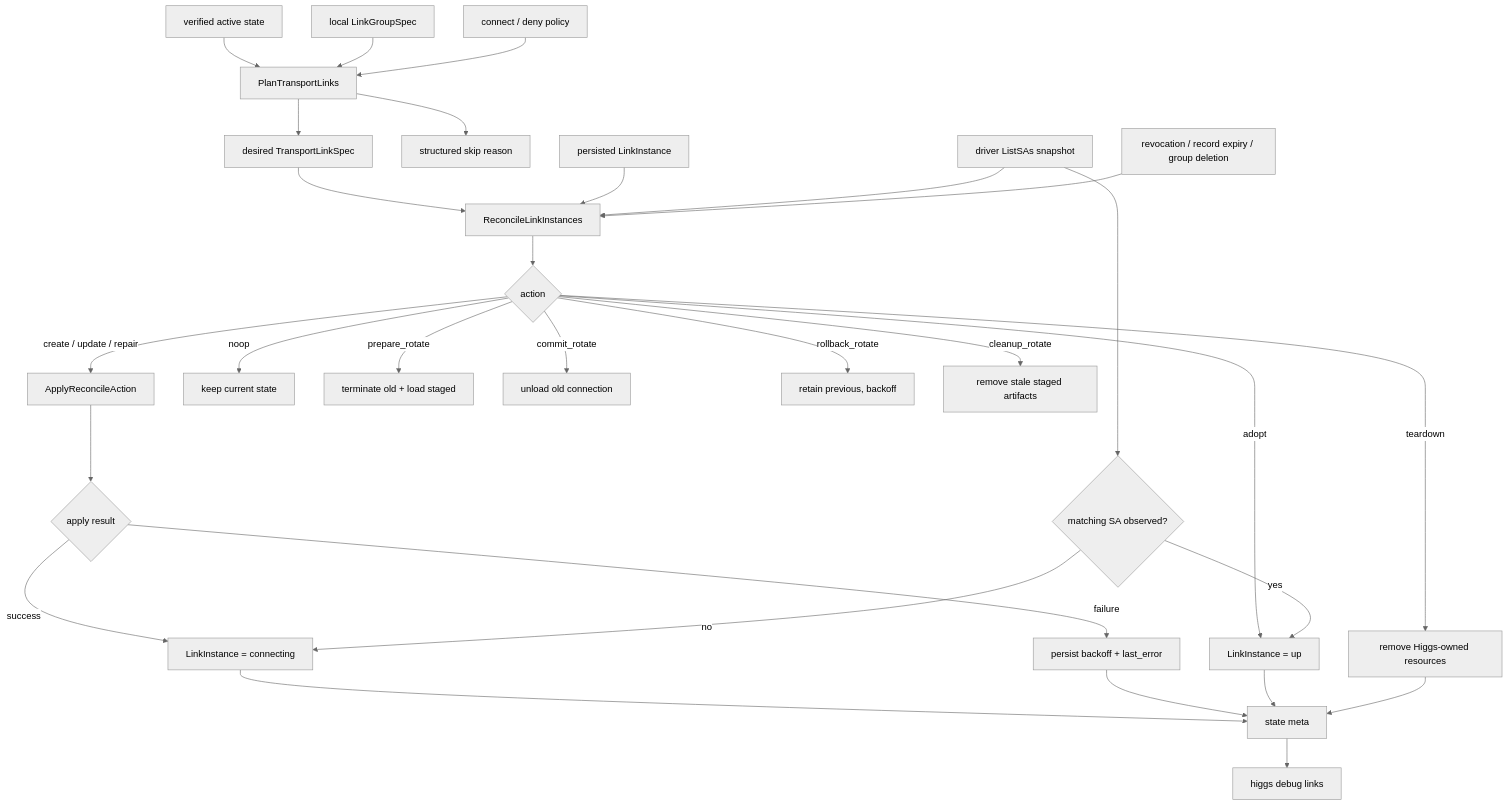
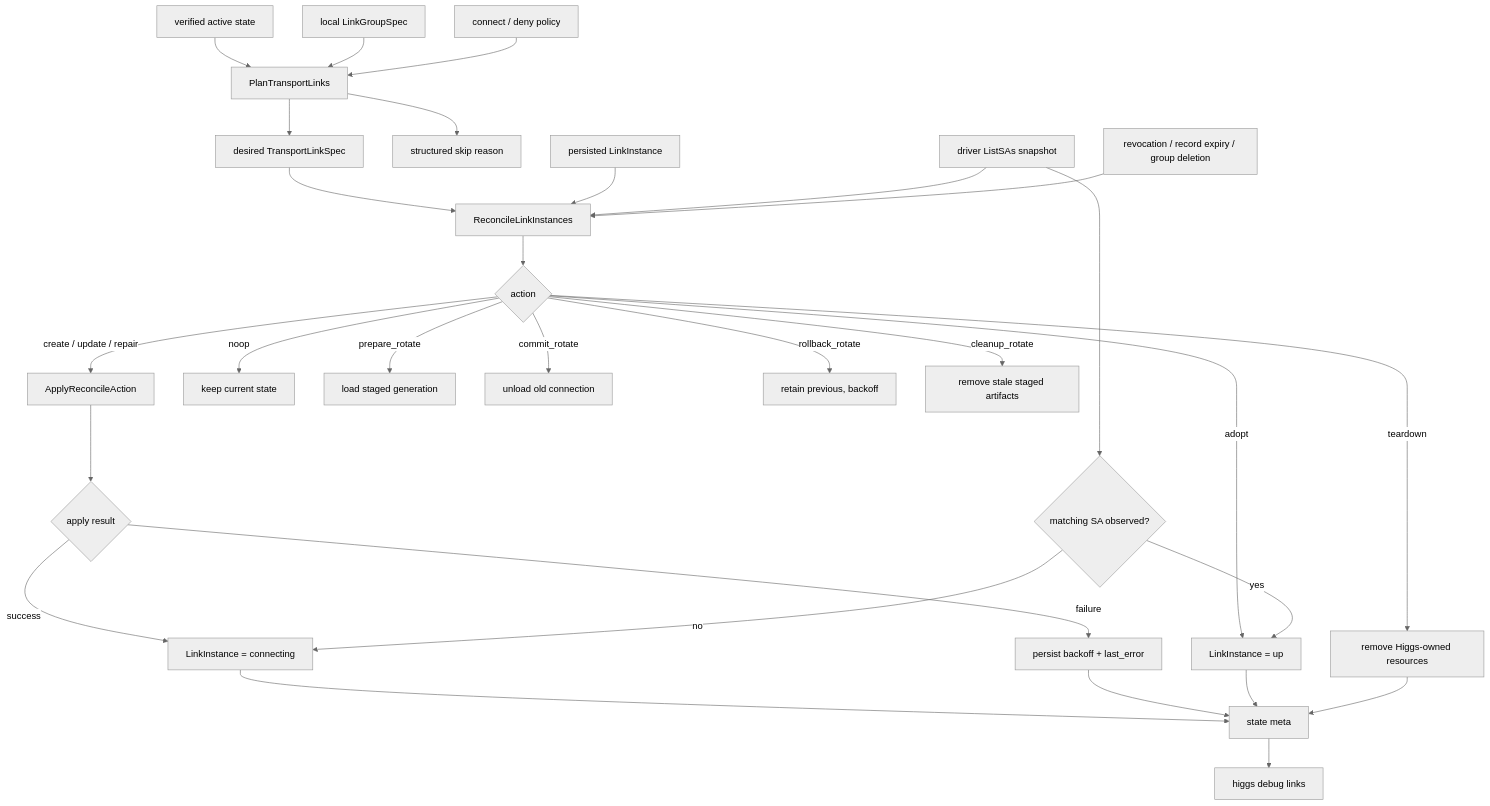
One commit to HiggsNet/higgs changed the diagram in docs/protocol.md. Above: the diagram before and after it, drawn with Mermaid (neutral theme). The commit also changed 4 other files, not shown here.

First line of the commit message:
feat: implement role-aware staged rotate for secondary-standby responder-only config

````diff
--- a/docs/protocol.md
+++ b/docs/protocol.md
@@ -569,36 +569,36 @@
 ```mermaid
 flowchart TD
     A[verified active state] --> P[PlanTransportLinks]
     B[local LinkGroupSpec] --> P
     C[connect / deny policy] --> P
     P --> D[desired TransportLinkSpec]
     P --> S[structured skip reason]
 
     D --> R[ReconcileLinkInstances]
     E[persisted LinkInstance] --> R
     F[driver ListSAs snapshot] --> R
     G[revocation / record expiry / group deletion] --> R
 
     R --> H{action}
     H -->|create / update / repair| I[ApplyReconcileAction]
     H -->|adopt| U[LinkInstance = up]
     H -->|teardown| T[remove Higgs-owned resources]
     H -->|noop| N[keep current state]
-    H -->|prepare_rotate| PR[terminate old + load staged]
+    H -->|prepare_rotate| PR[load staged generation]
     H -->|commit_rotate| CR[unload old connection]
     H -->|rollback_rotate| RB[retain previous, backoff]
     H -->|cleanup_rotate| CL[remove stale staged artifacts]
 
     I --> K{apply result}
     K -->|success| C1[LinkInstance = connecting]
     K -->|failure| B1[persist backoff + last_error]
     F --> O{matching SA observed?}
     O -->|yes| U
     O -->|no| C1
 
     C1 --> M[state meta]
     B1 --> M
     U --> M
     T --> M
     M --> Z[higgs debug links]
 ```
````
